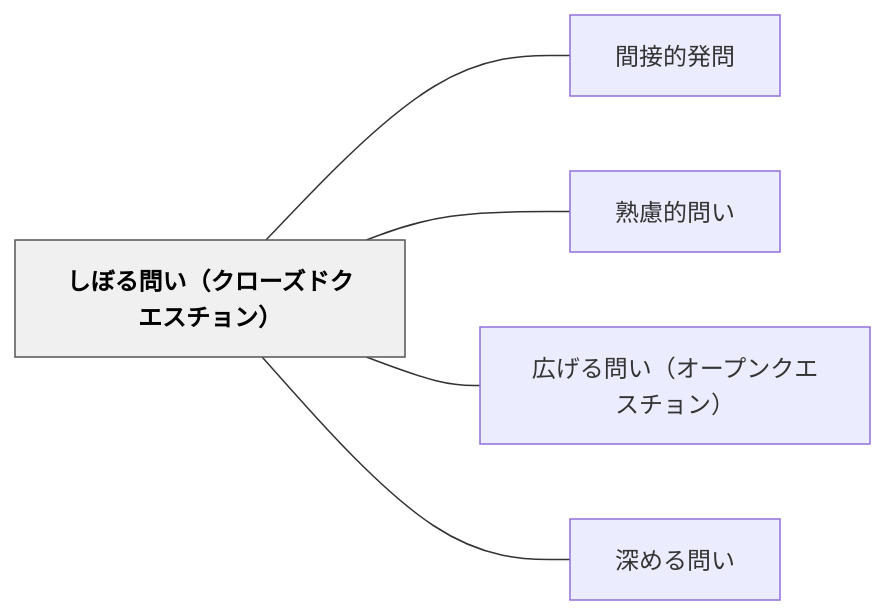
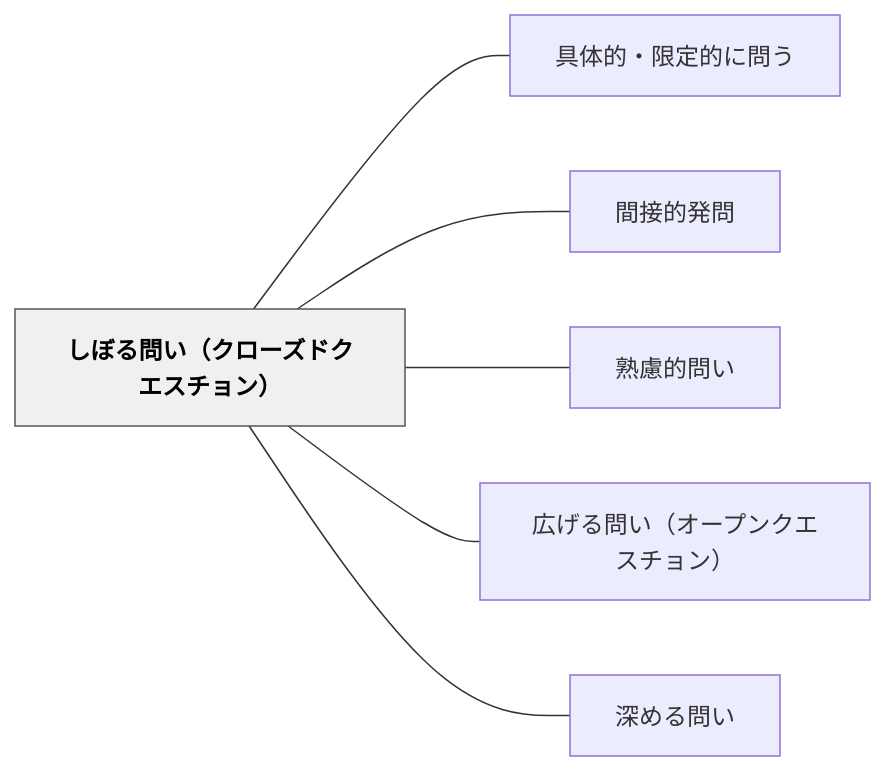
One commit to unknownthings-ed-patterns/unknownthings-ed-patterns changed the diagram in content/パタン/しぼる問い（クローズドクエスチョン）.md. Above: the diagram before and after it, drawn with Mermaid. The commit also changed other lines of this file and 28 other files, not shown here.

````diff
--- a/content/パタン/しぼる問い（クローズドクエスチョン）.md
+++ b/content/パタン/しぼる問い（クローズドクエスチョン）.md
@@ -41,16 +42,18 @@
 ```mermaid
 flowchart LR
     ne38197e381bce3828be5958fe38184efbc88e382afe383ade383bce382bae38389e382afe382a8e382b9e38381e383a7e383b3efbc89["しぼる問い（クローズドクエスチョン）"]
+    ne585b7e4bd93e79a84e383bbe99990e5ae9ae79a84e381abe5958fe38186["具体的・限定的に問う"]
     ne99693e68ea5e79a84e799bae5958f["間接的発問"]
     ne7869fe685aee79a84e5958fe38184["熟慮的問い"]
     ne5ba83e38192e3828be5958fe38184efbc88e382aae383bce38397e383b3e382afe382a8e382b9e38381e383a7e383b3efbc89["広げる問い（オープンクエスチョン）"]
     ne6b7b1e38281e3828be5958fe38184["深める問い"]
 
+    ne38197e381bce3828be5958fe38184efbc88e382afe383ade383bce382bae38389e382afe382a8e382b9e38381e383a7e383b3efbc89 --- ne585b7e4bd93e79a84e383bbe99990e5ae9ae79a84e381abe5958fe38186
     ne38197e381bce3828be5958fe38184efbc88e382afe383ade383bce382bae38389e382afe382a8e382b9e38381e383a7e383b3efbc89 --- ne99693e68ea5e79a84e799bae5958f
     ne38197e381bce3828be5958fe38184efbc88e382afe383ade383bce382bae38389e382afe382a8e382b9e38381e383a7e383b3efbc89 --- ne7869fe685aee79a84e5958fe38184
     ne38197e381bce3828be5958fe38184efbc88e382afe383ade383bce382bae38389e382afe382a8e382b9e38381e383a7e383b3efbc89 --- ne5ba83e38192e3828be5958fe38184efbc88e382aae383bce38397e383b3e382afe382a8e382b9e38381e383a7e383b3efbc89
     ne38197e381bce3828be5958fe38184efbc88e382afe383ade383bce382bae38389e382afe382a8e382b9e38381e383a7e383b3efbc89 --- ne6b7b1e38281e3828be5958fe38184
 
     classDef hub fill:#f0f0f0,stroke:#555,color:#000,font-weight:bold
     class ne38197e381bce3828be5958fe38184efbc88e382afe383ade383bce382bae38389e382afe382a8e382b9e38381e383a7e383b3efbc89 hub
 ```
````
